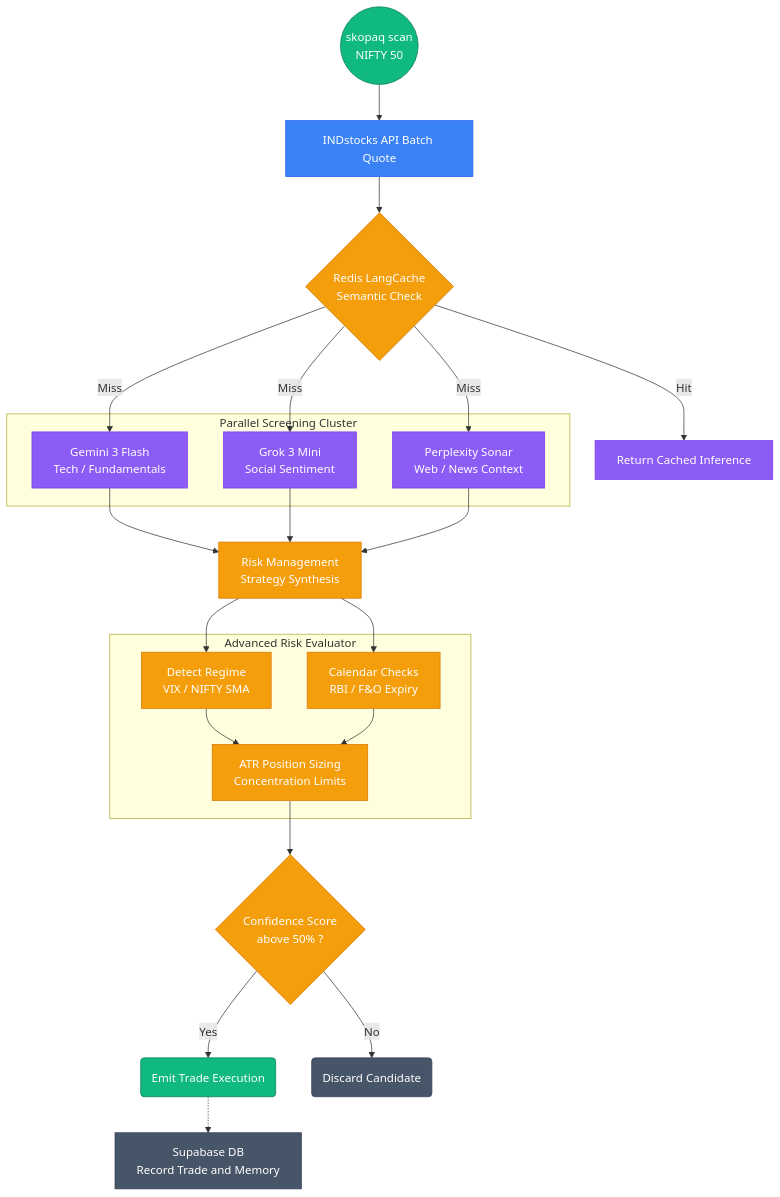
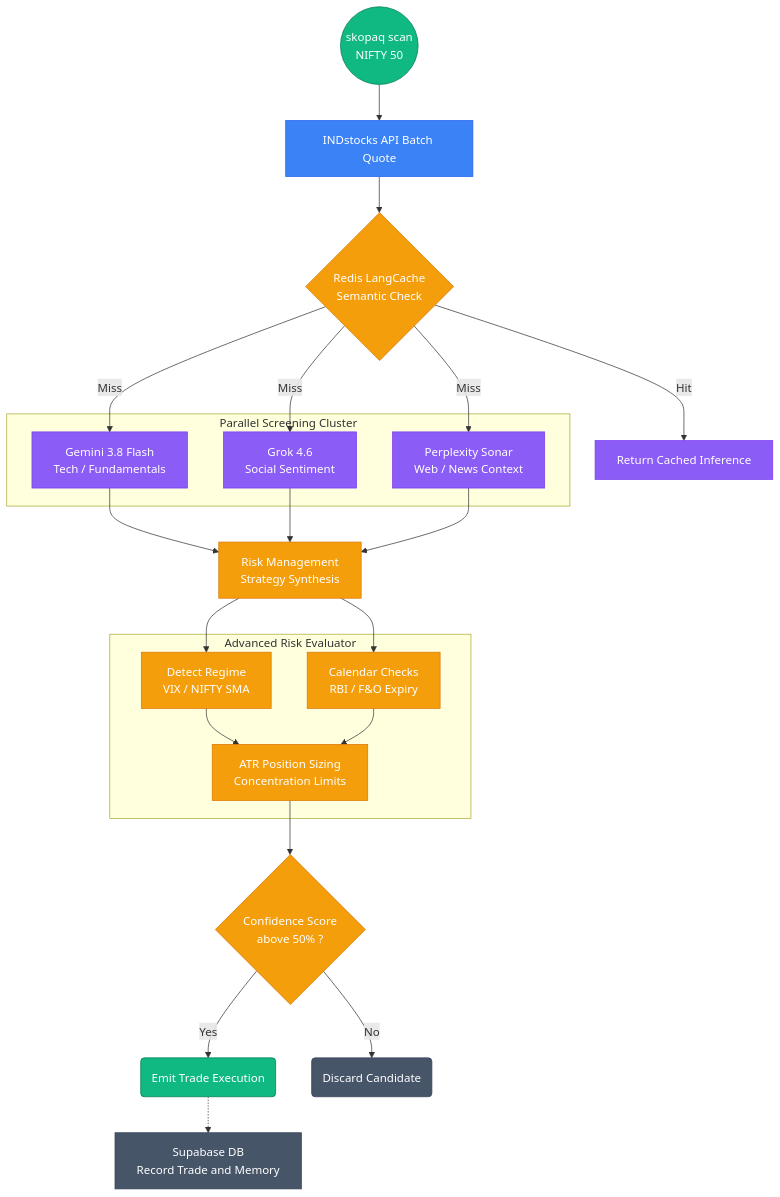
Before and after one commit to Skopaq-AI/skopaqtrader: the fourth of 4 diagrams in README.md, drawn with Mermaid. The commit also changed other lines of this file and 13 other files, not shown here.

First line of the commit message:
feat(llm): move roles to Gemini 3.8 Flash, Grok 4.6 and Claude Opus 5

````diff
--- a/README.md
+++ b/README.md
@@ -187,47 +187,47 @@
 ```mermaid
 flowchart TD
     classDef trigger fill:#10b981,stroke:#047857,color:#fff
     classDef data fill:#3b82f6,stroke:#2563eb,color:#fff
     classDef llm fill:#8b5cf6,stroke:#7c3aed,color:#fff
     classDef check fill:#f59e0b,stroke:#d97706,color:#fff
     classDef memory fill:#475569,stroke:#334155,color:#fff
 
     Start(("skopaq scan<br/>NIFTY 50")):::trigger
     INDapi["INDstocks API Batch Quote"]:::data
     CacheCheck{"Redis LangCache<br/>Semantic Check"}:::check
     CachedData["Return Cached Inference"]:::llm
 
     Start --> INDapi --> CacheCheck
     CacheCheck -- "Hit" --> CachedData
     CacheCheck -- "Miss" --> Gemini
 
     subgraph Screeners["Parallel Screening Cluster"]
-        Gemini["Gemini 3 Flash<br/>Tech / Fundamentals"]:::llm
-        Grok["Grok 3 Mini<br/>Social Sentiment"]:::llm
+        Gemini["Gemini 3.8 Flash<br/>Tech / Fundamentals"]:::llm
+        Grok["Grok 4.6<br/>Social Sentiment"]:::llm
         Perplexity["Perplexity Sonar<br/>Web / News Context"]:::llm
     end
 
     CacheCheck -- "Miss" --> Grok
     CacheCheck -- "Miss" --> Perplexity
 
     Gemini --> Synthesis["Risk Management<br/>Strategy Synthesis"]:::check
     Grok --> Synthesis
     Perplexity --> Synthesis
 
     subgraph RiskEval["Advanced Risk Evaluator"]
         Regime["Detect Regime<br/>VIX / NIFTY SMA"]:::check
         Events["Calendar Checks<br/>RBI / F&O Expiry"]:::check
         Size["ATR Position Sizing<br/>Concentration Limits"]:::check
     end
 
     Synthesis --> Regime
     Synthesis --> Events
     Regime --> Size
     Events --> Size
     Size --> Confidence{"Confidence Score<br/>above 50% ?"}:::check
 
     Confidence -- "Yes" --> EmitTrade("Emit Trade Execution"):::trigger
     Confidence -- "No" --> Drop("Discard Candidate"):::memory
 
     EmitTrade -.-> SupaDB["Supabase DB<br/>Record Trade and Memory"]:::memory
 ```
````
